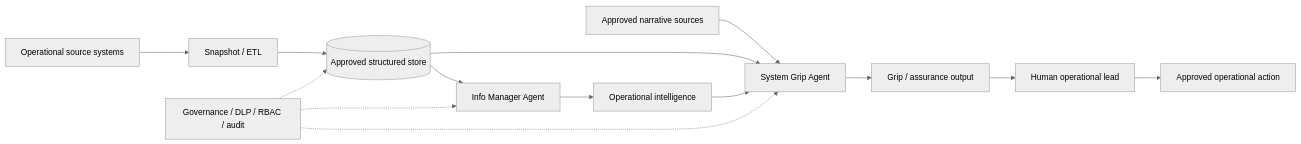
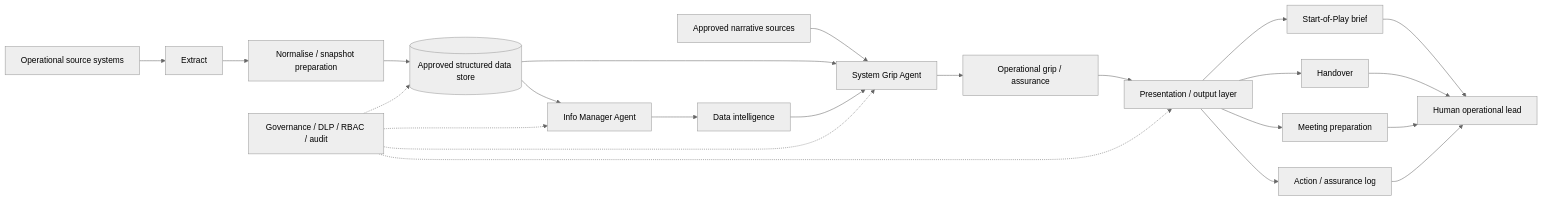
Before and after one commit to Josh-Harvey94/nhs-operational-intelligence-framework: the diagram in architecture/reference-architecture.mmd, drawn with Mermaid (neutral theme). The commit also changed 26 other files, not shown here.

First line of the commit message:
Expand SQL, timestamp and Start-of-Play framework

```diff
--- a/architecture/reference-architecture.mmd
+++ b/architecture/reference-architecture.mmd
@@ -1,14 +1,23 @@
 flowchart LR
-A[Operational source systems] --> B[Snapshot / ETL]
-B --> C[(Approved structured store)]
-C --> D[Info Manager Agent]
-D --> E[Operational intelligence]
-F[Approved narrative sources] --> G[System Grip Agent]
-C --> G
-E --> G
-G --> H[Grip / assurance output]
-H --> I[Human operational lead]
-I --> J[Approved operational action]
-K[Governance / DLP / RBAC / audit] -.-> C
-K -.-> D
-K -.-> G
+A[Operational source systems] --> B[Extract]
+B --> C[Normalise / snapshot preparation]
+C --> D[(Approved structured data store)]
+D --> E[Info Manager Agent]
+E --> F[Data intelligence]
+G[Approved narrative sources] --> H[System Grip Agent]
+D --> H
+F --> H
+H --> I[Operational grip / assurance]
+I --> J[Presentation / output layer]
+J --> K[Start-of-Play brief]
+J --> L[Handover]
+J --> M[Meeting preparation]
+J --> N[Action / assurance log]
+K --> O[Human operational lead]
+L --> O
+M --> O
+N --> O
+P[Governance / DLP / RBAC / audit] -.-> D
+P -.-> E
+P -.-> H
+P -.-> J
```
